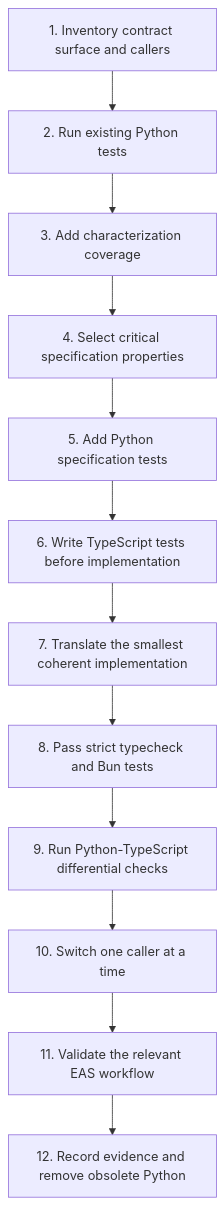
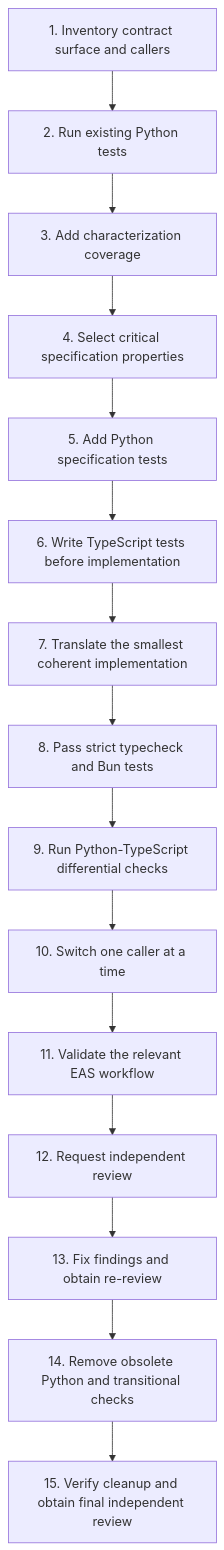
The sixth of 6 diagrams in MIGRATION_TESTING.md (expo/eval-harness), drawn with Mermaid before and after one commit. The commit also changed other lines of this file, not shown here.

Commit message:
Document migration review and merge discipline

````diff
--- a/MIGRATION_TESTING.md
+++ b/MIGRATION_TESTING.md
@@ -578,14 +772,17 @@
 ```mermaid
 flowchart TB
     A["1. Inventory contract surface and callers"] --> B["2. Run existing Python tests"]
     B --> C["3. Add characterization coverage"]
     C --> D["4. Select critical specification properties"]
     D --> E["5. Add Python specification tests"]
     E --> F["6. Write TypeScript tests before implementation"]
     F --> G["7. Translate the smallest coherent implementation"]
     G --> H["8. Pass strict typecheck and Bun tests"]
     H --> I["9. Run Python-TypeScript differential checks"]
     I --> J["10. Switch one caller at a time"]
     J --> K["11. Validate the relevant EAS workflow"]
-    K --> L["12. Record evidence and remove obsolete Python"]
+    K --> L["12. Request independent review"]
+    L --> M["13. Fix findings and obtain re-review"]
+    M --> N["14. Remove obsolete Python and transitional checks"]
+    N --> O["15. Verify cleanup and obtain final independent review"]
 ```
````
